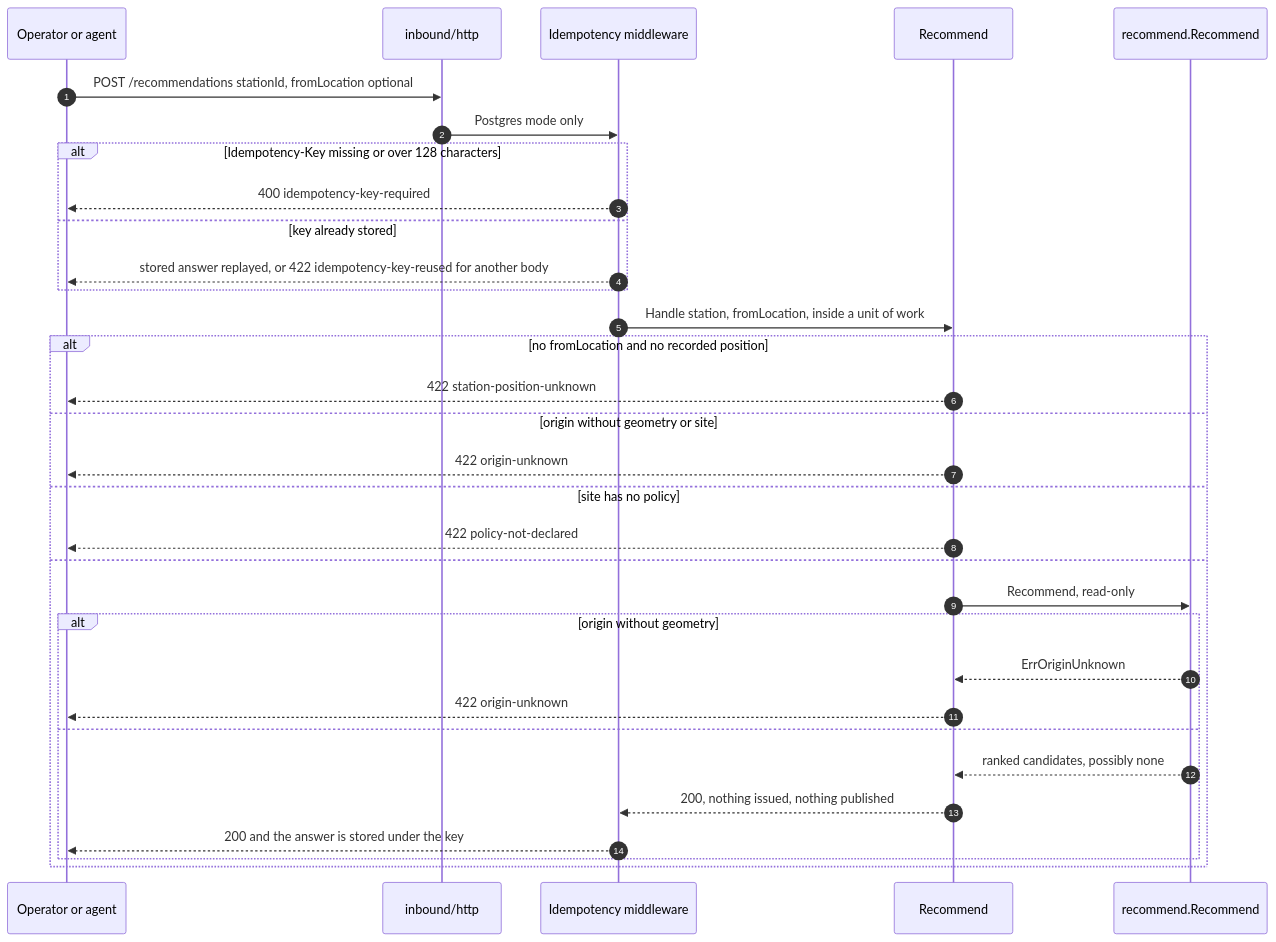
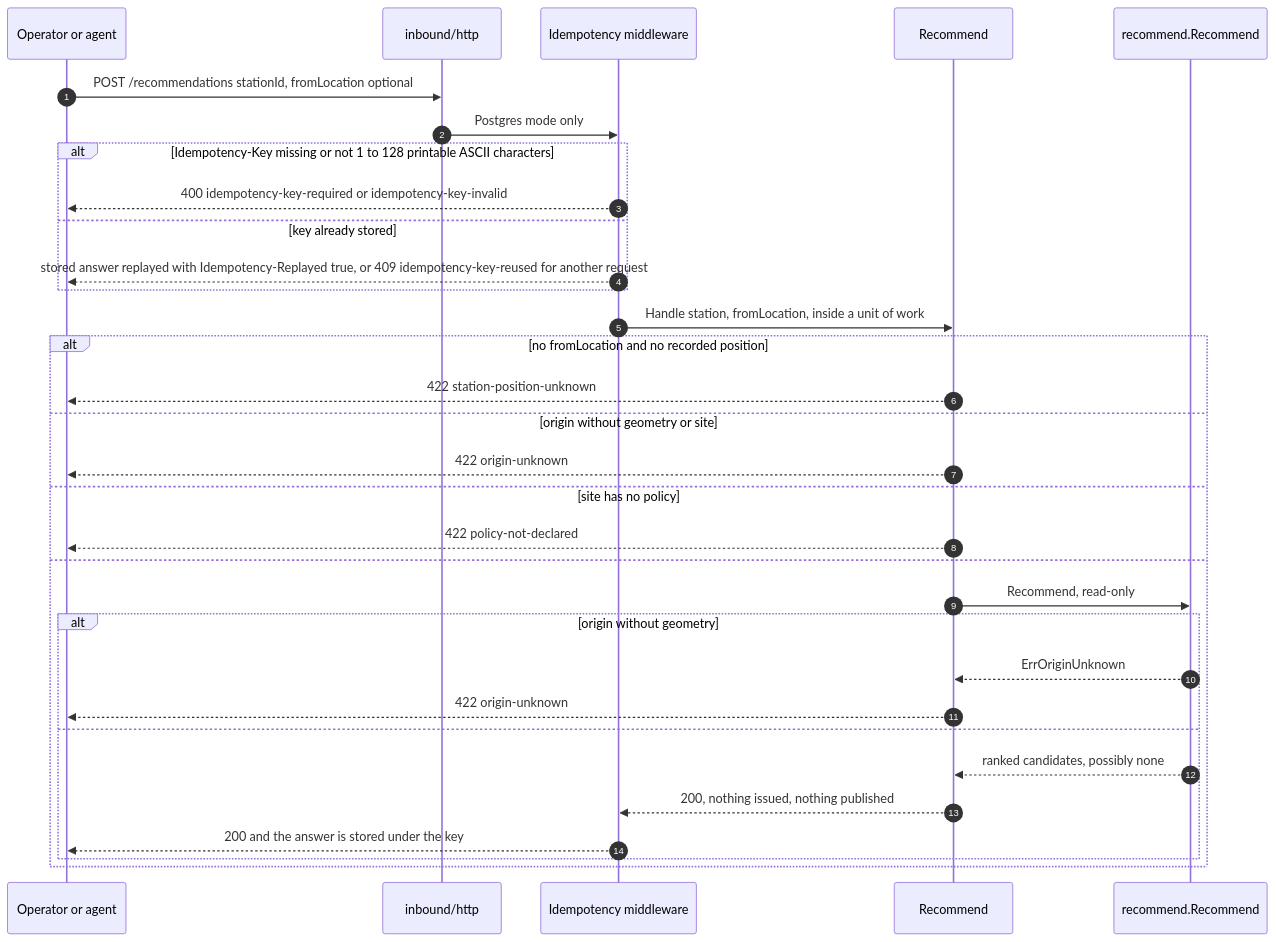
One commit to IQVO/task-interleaving changed the fifth of 5 diagrams in docs/docs/ddd/sequence-diagrams.md. Above: the diagram before and after it, drawn with Mermaid. The commit also changed 23 other files, not shown here.

````diff
--- a/docs/docs/ddd/sequence-diagrams.md
+++ b/docs/docs/ddd/sequence-diagrams.md
@@ -214,35 +214,35 @@
 ```mermaid
 sequenceDiagram
     autonumber
     participant O as Operator or agent
     participant H as inbound/http
     participant I as Idempotency middleware
     participant UC as Recommend
     participant R as recommend.Recommend
 
     O->>H: POST /recommendations stationId, fromLocation optional
     H->>I: Postgres mode only
-    alt Idempotency-Key missing or over 128 characters
-        I-->>O: 400 idempotency-key-required
+    alt Idempotency-Key missing or not 1 to 128 printable ASCII characters
+        I-->>O: 400 idempotency-key-required or idempotency-key-invalid
     else key already stored
-        I-->>O: stored answer replayed, or 422 idempotency-key-reused for another body
+        I-->>O: stored answer replayed with Idempotency-Replayed true, or 409 idempotency-key-reused for another request
     end
     I->>UC: Handle station, fromLocation, inside a unit of work
     alt no fromLocation and no recorded position
         UC-->>O: 422 station-position-unknown
     else origin without geometry or site
         UC-->>O: 422 origin-unknown
     else site has no policy
         UC-->>O: 422 policy-not-declared
     else
         UC->>R: Recommend, read-only
         alt origin without geometry
             R-->>UC: ErrOriginUnknown
             UC-->>O: 422 origin-unknown
         else
             R-->>UC: ranked candidates, possibly none
             UC-->>I: 200, nothing issued, nothing published
             I-->>O: 200 and the answer is stored under the key
         end
     end
 ```
````
